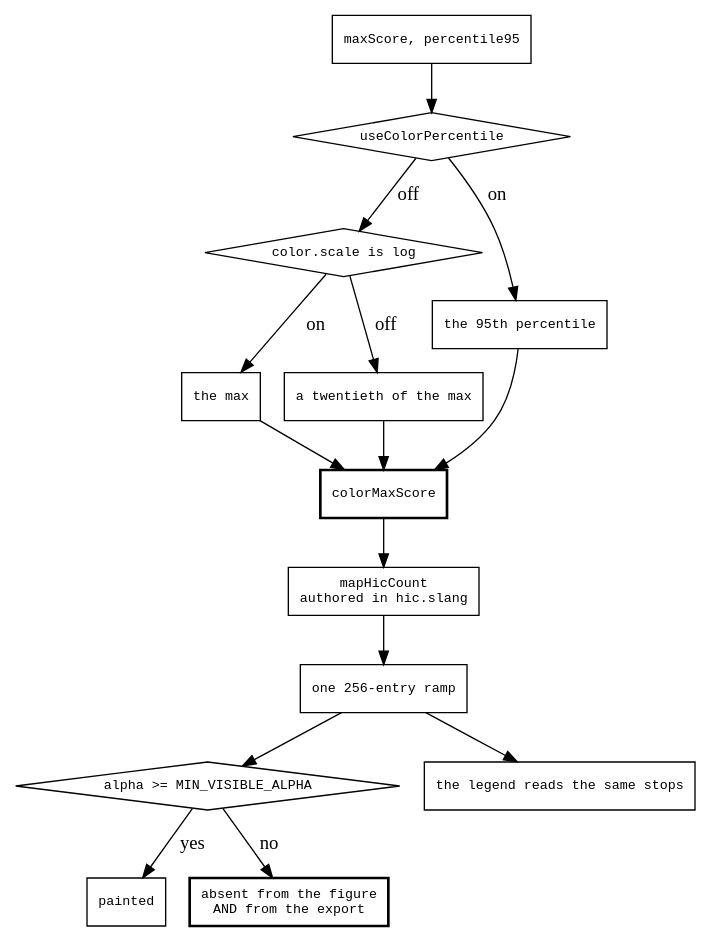
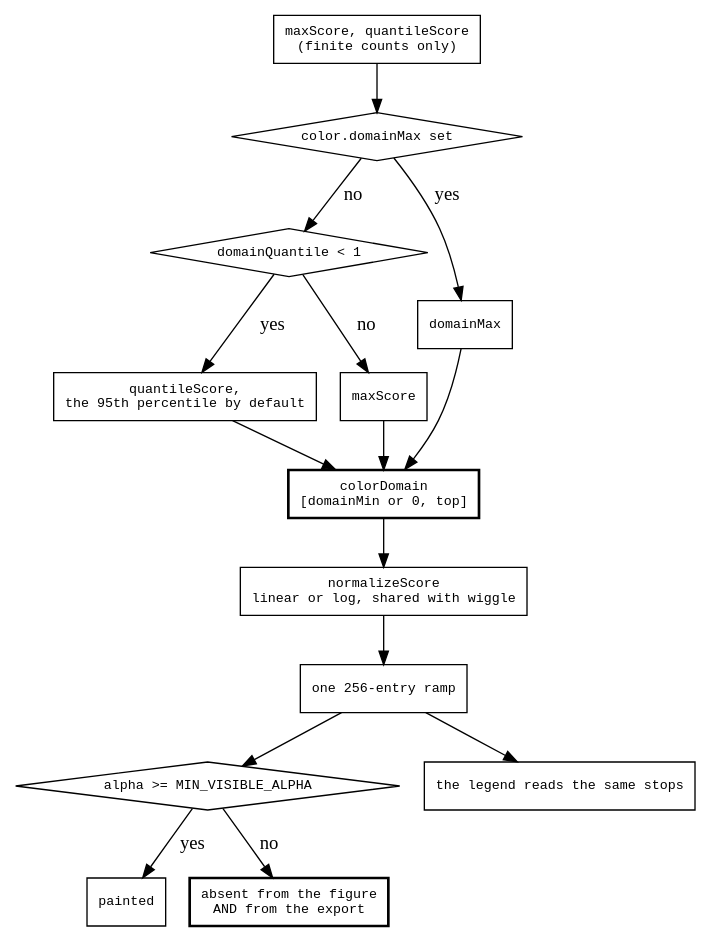
Before and after one commit to GMOD/jbrowse-components: the diagram in agent-docs/reference/diagrams/hic-color.dot, drawn with Graphviz. The commit also changed 4 other files, not shown here.

```diff
--- a/agent-docs/reference/diagrams/hic-color.dot
+++ b/agent-docs/reference/diagrams/hic-color.dot
@@ -1,35 +1,35 @@
 digraph hic_color {
   rankdir=TB
   node [shape=box fontname=monospace fontsize=10]
-  { node [shape=diamond] pct; ls; visible }
+  { node [shape=diamond] pinned; q; visible }
 
-  data [label="maxScore, percentile95"]
-  pct [label="useColorPercentile"]
-  data -> pct
-  pct -> p95 [label=" on"]
-  pct -> ls  [label=" off"]
-  p95 [label="the 95th percentile"]
-  ls [label="color.scale is log"]
-  ls -> max       [label=" on"]
-  ls -> twentieth [label=" off"]
-  max [label="the max"]
-  twentieth [label="a twentieth of the max"]
+  data [label="maxScore, quantileScore\n(finite counts only)"]
+  pinned [label="color.domainMax set"]
+  data -> pinned
+  pinned -> set [label=" yes"]
+  pinned -> q   [label=" no"]
+  set [label="domainMax"]
+  q [label="domainQuantile < 1"]
+  q -> quant [label=" yes"]
+  q -> max   [label=" no"]
+  quant [label="quantileScore,\nthe 95th percentile by default"]
+  max [label="maxScore"]
 
-  sat [label="colorMaxScore", style=bold]
-  p95 -> sat  max -> sat  twentieth -> sat
+  domain [label="colorDomain\n[domainMin or 0, top]", style=bold]
+  set -> domain  quant -> domain  max -> domain
 
-  map [label="mapHicCount\nauthored in hic.slang"]
-  sat -> map
+  norm [label="normalizeScore\nlinear or log, shared with wiggle"]
+  domain -> norm
   ramp [label="one 256-entry ramp"]
-  map -> ramp
+  norm -> ramp
 
   visible [label="alpha >= MIN_VISIBLE_ALPHA"]
   ramp -> visible
   visible -> paint [label=" yes"]
   visible -> skip  [label=" no"]
   paint [label="painted"]
   skip [label="absent from the figure\nAND from the export", style=bold]
 
   legend [label="the legend reads the same stops"]
   ramp -> legend
 }
```
